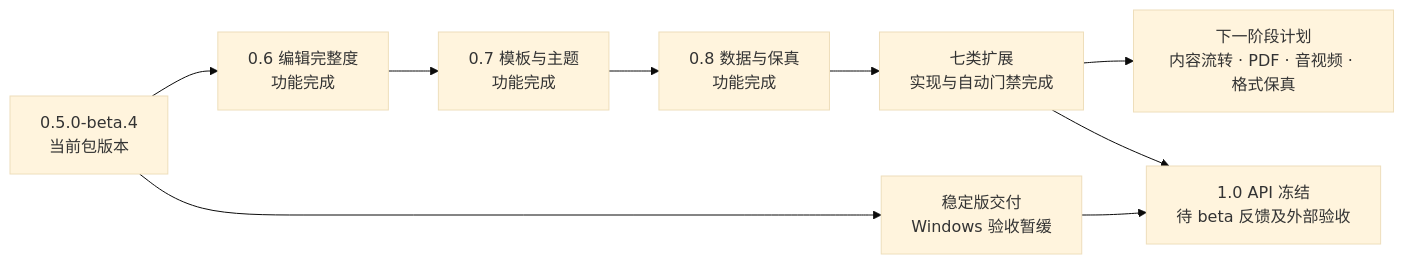
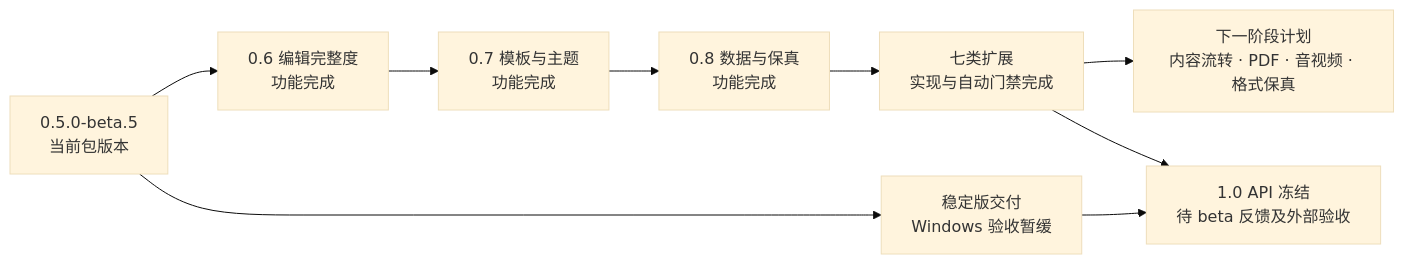
One commit to unStone/web-ppt changed the second of 3 diagrams in docs/roadmap.md. Above: the diagram before and after it, drawn with Mermaid (base theme). The commit also changed other lines of this file and 23 other files, not shown here.

````diff
--- a/docs/roadmap.md
+++ b/docs/roadmap.md
@@ -190,11 +183,11 @@
 ```mermaid
 flowchart LR
-    B["0.5.0-beta.4<br/>当前包版本"] --> V6["0.6 编辑完整度<br/>功能完成"]
+    B["0.5.0-beta.5<br/>当前包版本"] --> V6["0.6 编辑完整度<br/>功能完成"]
     V6 --> V7["0.7 模板与主题<br/>功能完成"]
     V7 --> V8["0.8 数据与保真<br/>功能完成"]
     V8 --> X["七类扩展<br/>实现与自动门禁完成"]
     X --> N["下一阶段计划<br/>内容流转 · PDF · 音视频 · 格式保真"]
     B --> S["稳定版交付<br/>Windows 验收暂缓"]
     X --> V1["1.0 API 冻结<br/>待 beta 反馈及外部验收"]
     S --> V1
 ```
````
